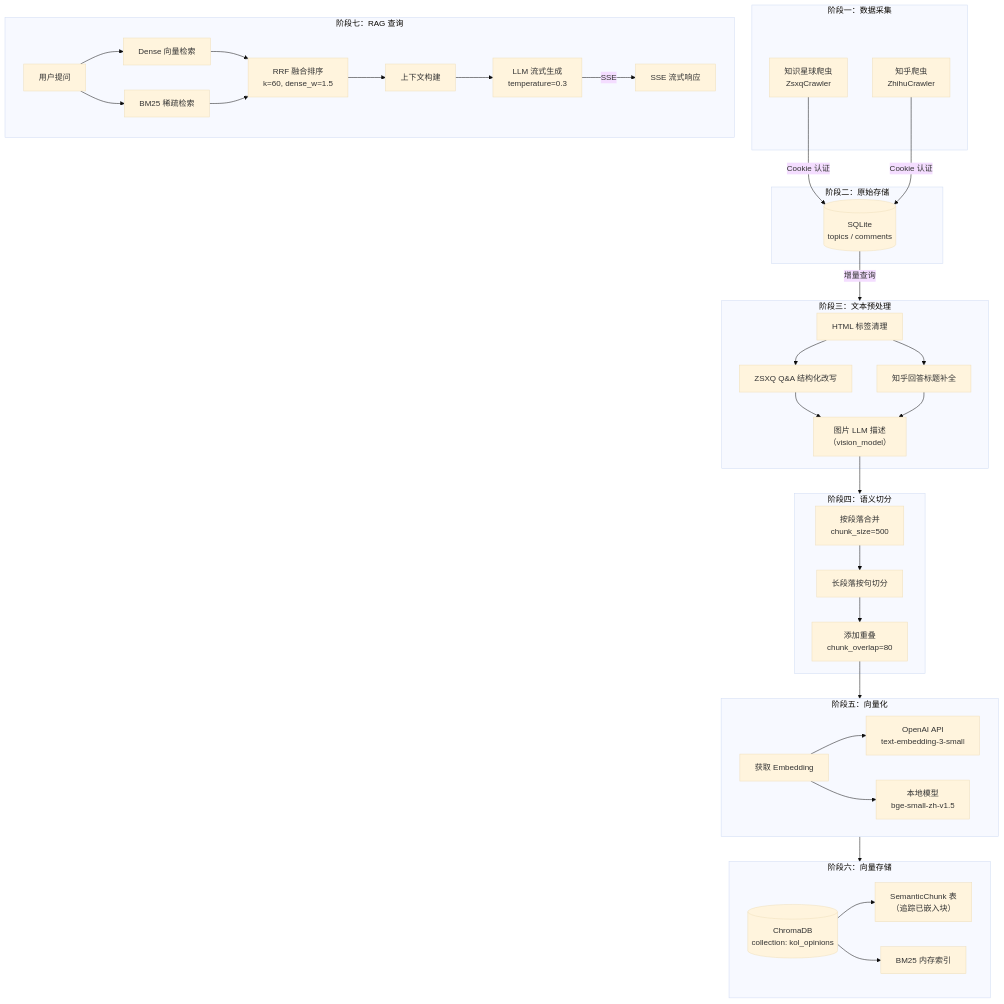
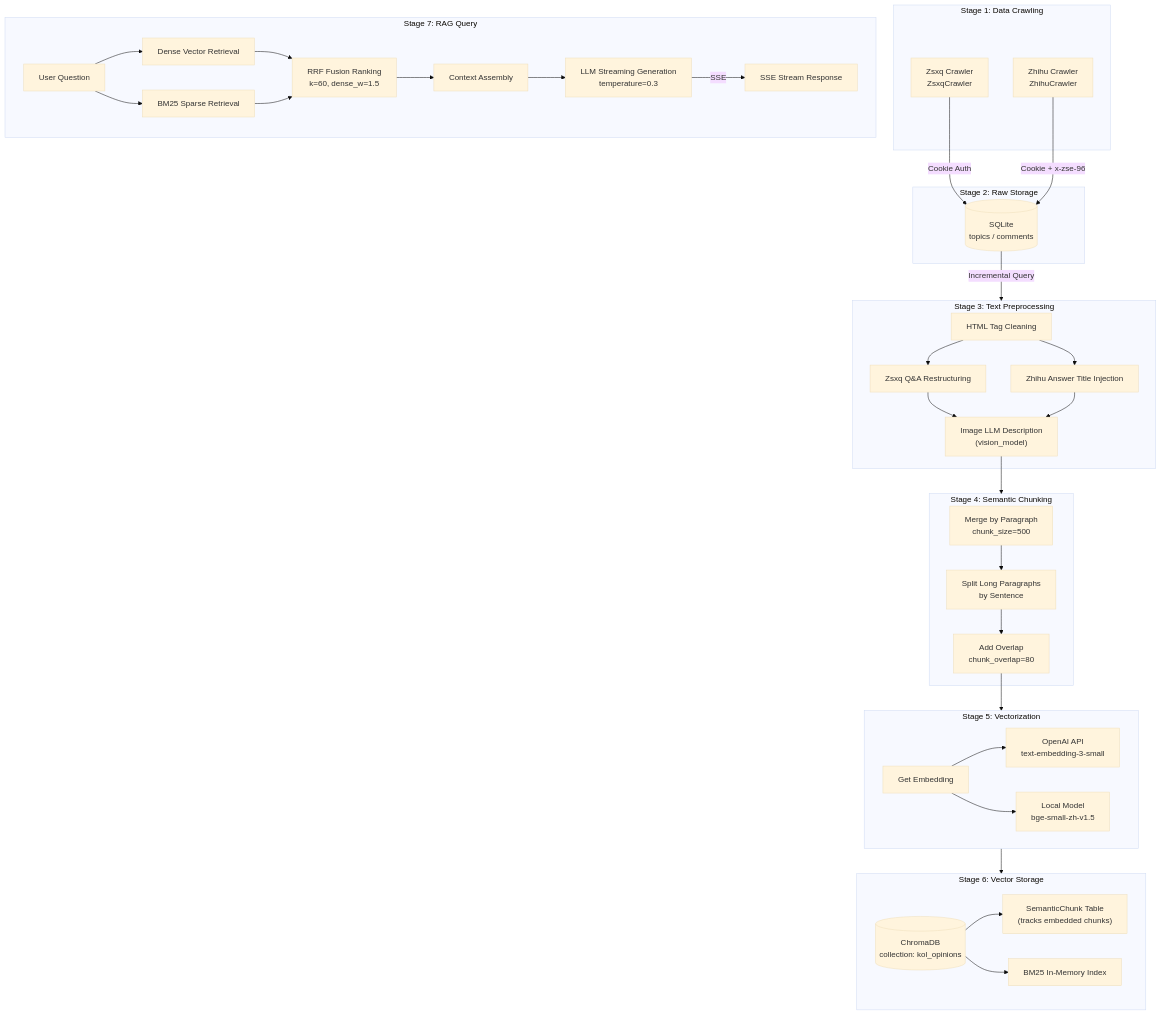
The first of 6 diagrams in docs/docs/architecture/data-flow.mdx (XUranus/dungeon), drawn with Mermaid (base theme) before and after one commit. The commit also changed other lines of this file and 75 other files, not shown here.

````diff
--- a/docs/docs/architecture/data-flow.mdx
+++ b/docs/docs/architecture/data-flow.mdx
@@ -13,75 +13,75 @@
 ```mermaid
 flowchart TB
-    subgraph Crawlers ["阶段一：数据采集"]
-        ZSXQ["知识星球爬虫<br/>ZsxqCrawler"]
-        Zhihu["知乎爬虫<br/>ZhihuCrawler"]
+    subgraph Crawlers ["Stage 1: Data Crawling"]
+        ZSXQ["Zsxq Crawler<br/>ZsxqCrawler"]
+        Zhihu["Zhihu Crawler<br/>ZhihuCrawler"]
     end
 
-    subgraph RawStorage ["阶段二：原始存储"]
+    subgraph RawStorage ["Stage 2: Raw Storage"]
         SQLite[("SQLite<br/>topics / comments")]
     end
 
-    subgraph Preprocessing ["阶段三：文本预处理"]
-        HTMLClean["HTML 标签清理"]
-        QARestructure["ZSXQ Q&A 结构化改写"]
-        ZhihuTitle["知乎回答标题补全"]
-        ImageDesc["图片 LLM 描述<br/>（vision_model）"]
+    subgraph Preprocessing ["Stage 3: Text Preprocessing"]
+        HTMLClean["HTML Tag Cleaning"]
+        QARestructure["Zsxq Q&A Restructuring"]
+        ZhihuTitle["Zhihu Answer Title Injection"]
+        ImageDesc["Image LLM Description<br/>(vision_model)"]
     end
 
-    subgraph Chunking ["阶段四：语义切分"]
-        SplitByPara["按段落合并<br/>chunk_size=500"]
-        SplitBySentence["长段落按句切分"]
-        AddOverlap["添加重叠<br/>chunk_overlap=80"]
+    subgraph Chunking ["Stage 4: Semantic Chunking"]
+        SplitByPara["Merge by Paragraph<br/>chunk_size=500"]
+        SplitBySentence["Split Long Paragraphs<br/>by Sentence"]
+        AddOverlap["Add Overlap<br/>chunk_overlap=80"]
     end
 
-    subgraph Embedding ["阶段五：向量化"]
-        GetEmbed["获取 Embedding"]
+    subgraph Embedding ["Stage 5: Vectorization"]
+        GetEmbed["Get Embedding"]
         OpenAIEmb["OpenAI API<br/>text-embedding-3-small"]
-        LocalBGE["本地模型<br/>bge-small-zh-v1.5"]
+        LocalBGE["Local Model<br/>bge-small-zh-v1.5"]
     end
 
-    subgraph VectorStorage ["阶段六：向量存储"]
+    subgraph VectorStorage ["Stage 6: Vector Storage"]
         ChromaDB[("ChromaDB<br/>collection: kol_opinions")]
-        BM25Idx["BM25 内存索引"]
-        ChunkRecord["SemanticChunk 表<br/>（追踪已嵌入块）"]
+        BM25Idx["BM25 In-Memory Index"]
+        ChunkRecord["SemanticChunk Table<br/>(tracks embedded chunks)"]
     end
 
-    subgraph Query ["阶段七：RAG 查询"]
-        UserQ["用户提问"]
-        DenseRet["Dense 向量检索"]
-        BM25Ret["BM25 稀疏检索"]
-        RRF["RRF 融合排序<br/>k=60, dense_w=1.5"]
-        ContextBuild["上下文构建"]
-        LLMGen["LLM 流式生成<br/>temperature=0.3"]
-        Response["SSE 流式响应"]
+    subgraph Query ["Stage 7: RAG Query"]
+        UserQ["User Question"]
+        DenseRet["Dense Vector Retrieval"]
+        BM25Ret["BM25 Sparse Retrieval"]
+        RRF["RRF Fusion Ranking<br/>k=60, dense_w=1.5"]
+        ContextBuild["Context Assembly"]
+        LLMGen["LLM Streaming Generation<br/>temperature=0.3"]
+        Response["SSE Stream Response"]
     end
 
-    ZSXQ -->|"Cookie 认证"| SQLite
-    Zhihu -->|"Cookie 认证"| SQLite
+    ZSXQ -->|"Cookie Auth"| SQLite
+    Zhihu -->|"Cookie + x-zse-96"| SQLite
 
-    SQLite -->|"增量查询"| Preprocessing
+    SQLite -->|"Incremental Query"| Preprocessing
     HTMLClean --> QARestructure
     HTMLClean --> ZhihuTitle
     QARestructure --> ImageDesc
     ZhihuTitle --> ImageDesc
 
     ImageDesc --> Chunking
     SplitByPara --> SplitBySentence
     SplitBySentence --> AddOverlap
 
     AddOverlap --> Embedding
     GetEmbed --> OpenAIEmb
     GetEmbed --> LocalBGE
 
     Embedding --> VectorStorage
     ChromaDB --> ChunkRecord
     ChromaDB --> BM25Idx
 
     UserQ --> DenseRet
     UserQ --> BM25Ret
     DenseRet --> RRF
     BM25Ret --> RRF
     RRF --> ContextBuild
     ContextBuild --> LLMGen
     LLMGen -->|"SSE"| Response
 ```
````
